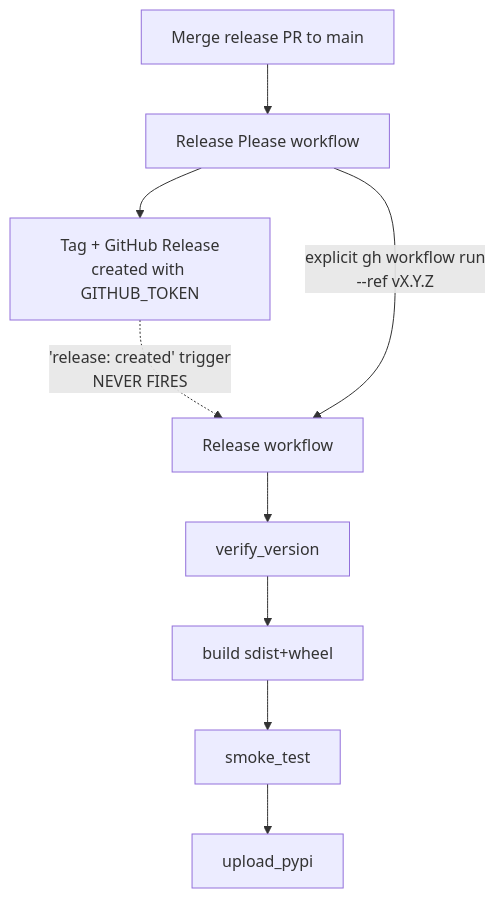
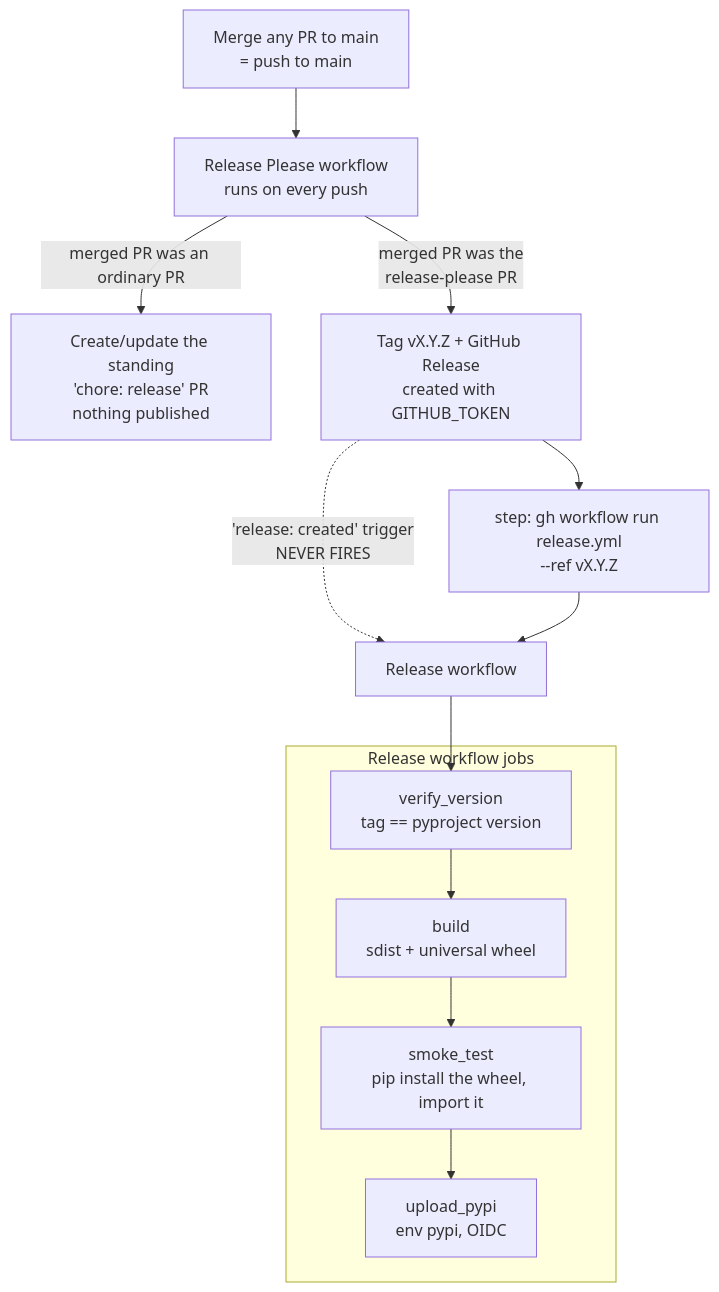
The third of 5 diagrams in CI.md (petercorke/rvc-ecosystem), drawn with Mermaid before and after one commit. The commit also changed other lines of this file, not shown here.

Commit message:
docs(ci): clarify release flows, add non-big-3 flow and unification options

````diff
--- a/CI.md
+++ b/CI.md
@@ -103,8 +112,15 @@
 ```mermaid
 flowchart TD
-    M[Merge release PR to main] --> RPW[Release Please workflow]
-    RPW --> TAG[Tag + GitHub Release<br/>created with GITHUB_TOKEN]
+    M[Merge any PR to main<br/>= push to main] --> RPW[Release Please workflow<br/>runs on every push]
+    RPW -->|merged PR was an ordinary PR| PRUPD[Create/update the standing<br/>'chore: release' PR<br/>nothing published]
+    RPW -->|merged PR was the<br/>release-please PR| TAG[Tag vX.Y.Z + GitHub Release<br/>created with GITHUB_TOKEN]
     TAG -. 'release: created' trigger<br/>NEVER FIRES .-> REL
-    RPW -->|explicit gh workflow run<br/>--ref vX.Y.Z| REL[Release workflow]
-    REL --> VV[verify_version] --> B[build sdist+wheel] --> SM[smoke_test] --> UP[upload_pypi]
+    TAG --> DISP[step: gh workflow run release.yml<br/>--ref vX.Y.Z]
+    DISP --> REL[Release workflow]
+    subgraph REL_JOBS [Release workflow jobs]
+      VV[verify_version<br/>tag == pyproject version] --> B[build<br/>sdist + universal wheel]
+      B --> SM[smoke_test<br/>pip install the wheel, import it]
+      SM --> UP[upload_pypi<br/>env pypi, OIDC]
+    end
+    REL --> VV
 ```
````
